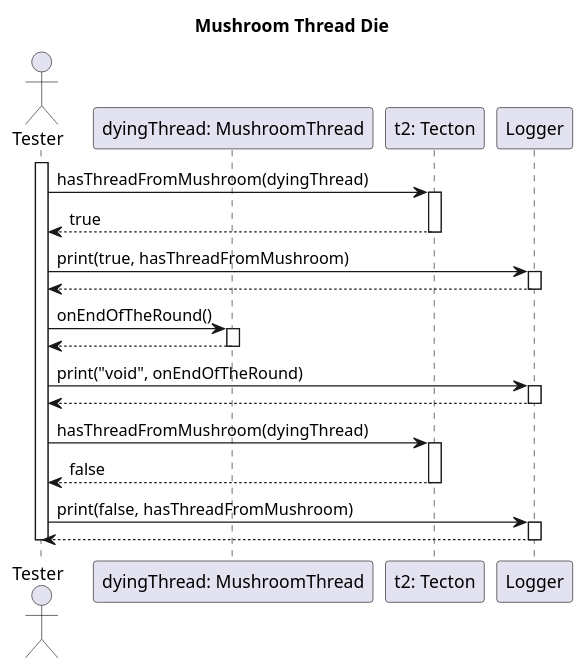
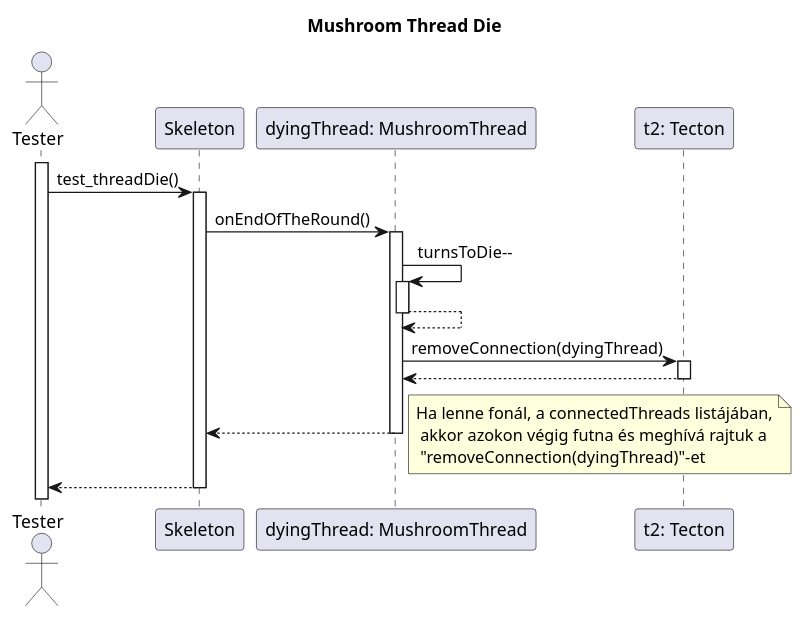
The diagram in diagrams/test-sequence/mushroom/mushroomThreadDie.wsd (dzsem/projlab), drawn with PlantUML before and after one commit.

Commit message:
Fixed mushroomThreadDie

```diff
--- a/diagrams/test-sequence/mushroom/mushroomThreadDie.wsd
+++ b/diagrams/test-sequence/mushroom/mushroomThreadDie.wsd
@@ -1,45 +1,39 @@
 @startuml Mushroom Thread Die
 
 title Mushroom Thread Die
 
 actor "Tester" as tester
+participant "Skeleton" as skeleton
+
 participant "dyingThread: MushroomThread" as dymt
 participant "t2: Tecton" as t2
-participant "Logger" as logger
+
+activate tester 
+
+tester -> skeleton: test_threadDie()
+activate skeleton
+
+skeleton -> dymt: onEndOfTheRound()
+activate dymt
+
+dymt -> dymt: turnsToDie--
+activate dymt
+dymt --> dymt
+deactivate dymt
 
 
-activate tester
-
-tester -> t2: hasThreadFromMushroom(dyingThread)
+dymt -> t2: removeConnection(dyingThread)
 activate t2
-t2 --> tester: true
+t2 --> dymt
 deactivate t2
 
-tester -> logger: print(true, hasThreadFromMushroom)
-activate logger
-logger --> tester
-deactivate logger
 
-tester -> dymt: onEndOfTheRound() 
-activate dymt
-dymt --> tester
+dymt --> skeleton
+note right: Ha lenne fonál, a connectedThreads listájában,\n akkor azokon végig futna és meghívá rajtuk a\n "removeConnection(dyingThread)"-et
 deactivate dymt
 
-tester -> logger: print("void", onEndOfTheRound)
-activate logger
-logger --> tester
-deactivate logger
+skeleton --> tester
+deactivate skeleton
 
-tester -> t2: hasThreadFromMushroom(dyingThread)
-activate t2
-t2 --> tester: false
-deactivate t2
-
-tester -> logger: print(false, hasThreadFromMushroom)
-activate logger
-logger --> tester
-deactivate logger
-
-deactivate tester
 
 @enduml
```
